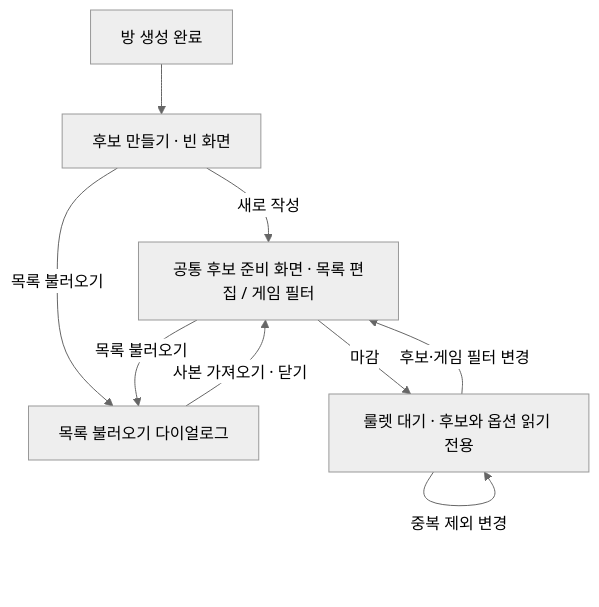
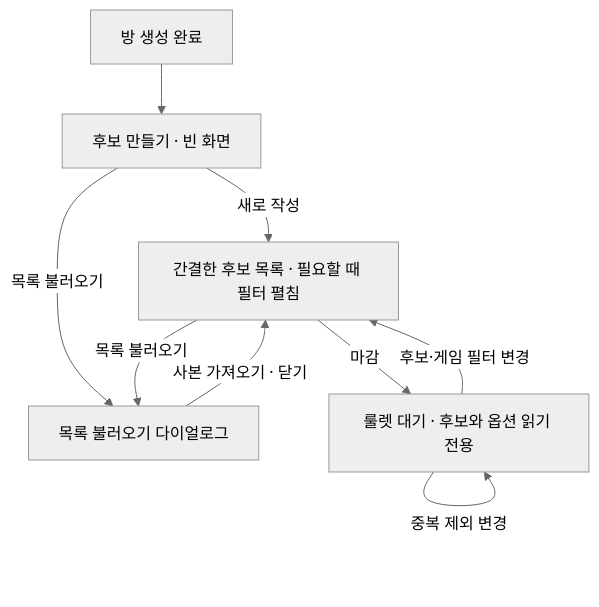
Before and after one commit to acee90/random-number-generator: the diagram in docs/features/candidate-setup-flow.md, drawn with Mermaid (neutral theme). The commit also changed other lines of this file and 86 other files, not shown here.

````diff
--- a/docs/features/candidate-setup-flow.md
+++ b/docs/features/candidate-setup-flow.md
@@ -39,11 +42,11 @@
 ```mermaid
 flowchart TD
     A[방 생성 완료] --> B[후보 만들기 · 빈 화면]
-    B -->|새로 작성| C[공통 후보 준비 화면 · 목록 편집 / 게임 필터]
+    B -->|새로 작성| C[간결한 후보 목록 · 필요할 때 필터 펼침]
     B -->|목록 불러오기| D[목록 불러오기 다이얼로그]
     C -->|목록 불러오기| D
     D -->|사본 가져오기 · 닫기| C
     C -->|마감| E[룰렛 대기 · 후보와 옵션 읽기 전용]
     E -->|후보·게임 필터 변경| C
     E -->|중복 제외 변경| E
 ```
````
